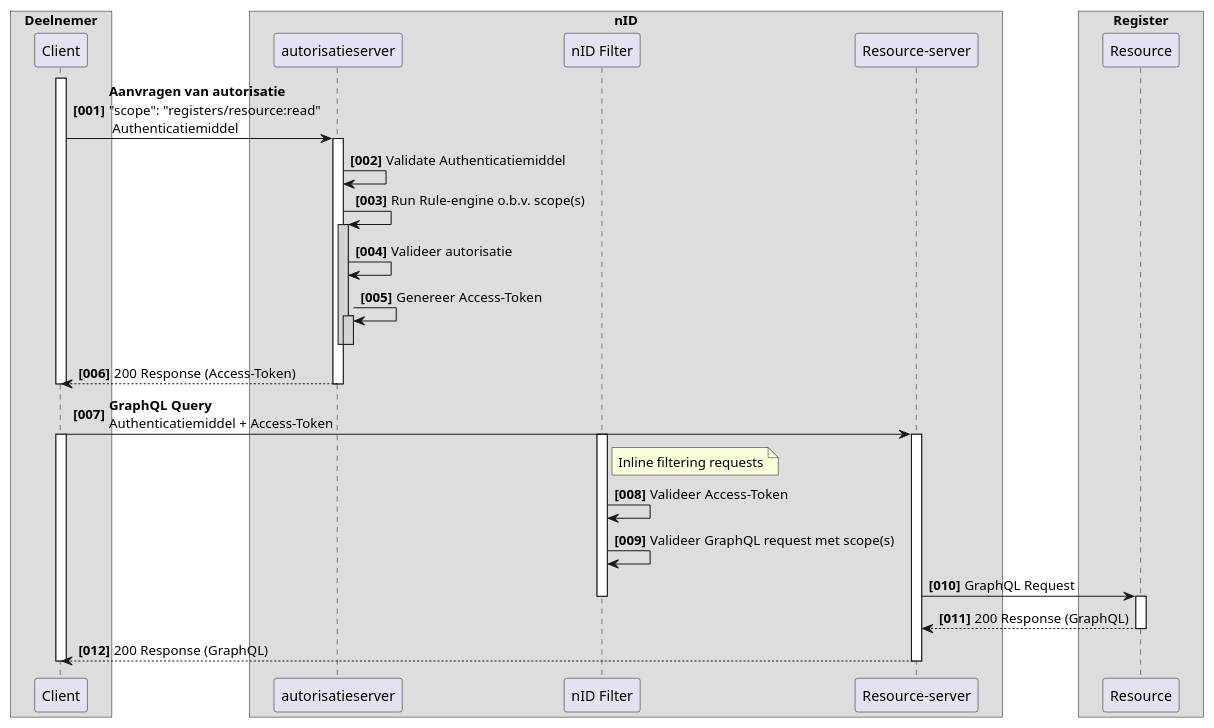
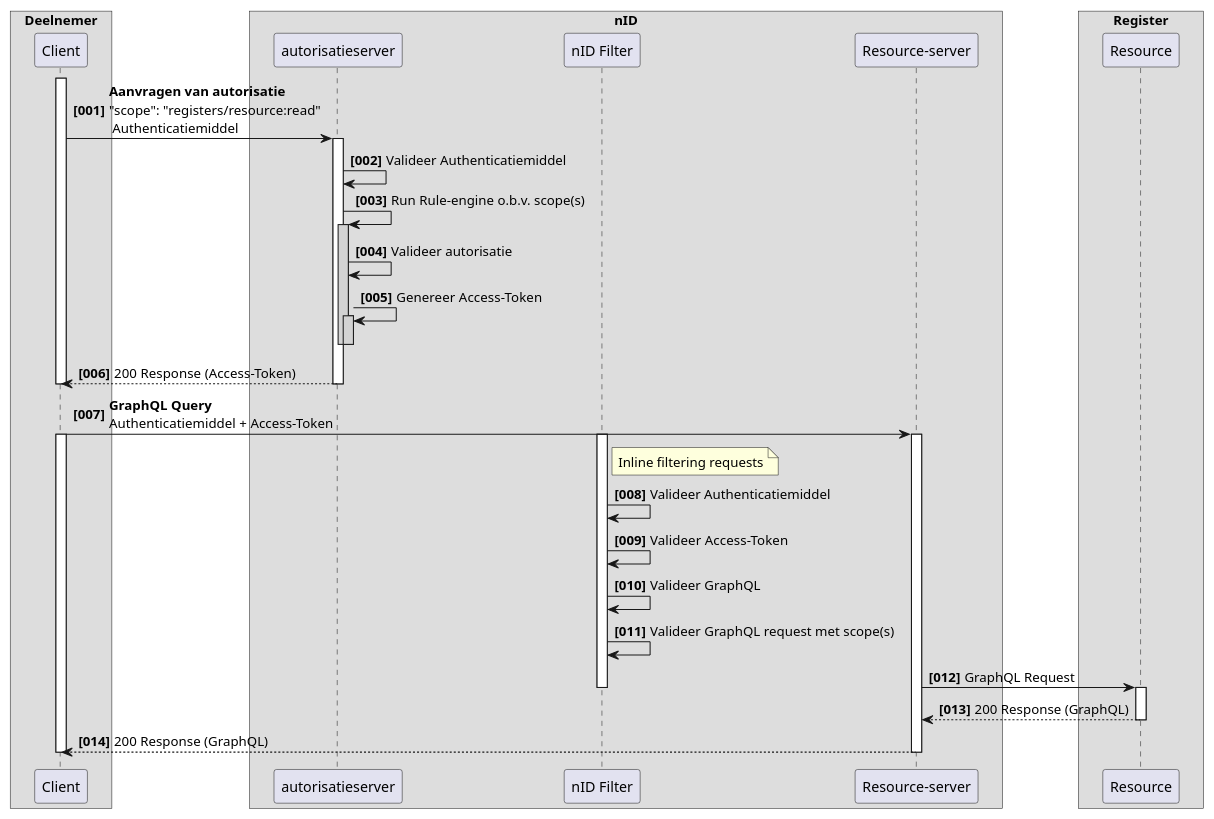
One commit to iStandaarden/iWlz-RequestForComment changed the diagram in plantUMLsrc/rfc0014-01-aanvragen_autorisatie.puml. Above: the diagram before and after it, drawn with PlantUML. The commit also changed 3 other files, not shown here.

```diff
--- a/plantUMLsrc/rfc0014-01-aanvragen_autorisatie.puml
+++ b/plantUMLsrc/rfc0014-01-aanvragen_autorisatie.puml
@@ -1,61 +1,58 @@
 @startuml rfc0014-01-aanvragen_autorisatie
 ' !pragma teoz true
 
 skinparam ParticipantPadding 20
 skinparam BoxPadding 10
 
 box "Deelnemer"
     participant "Client" as Client
 end box
 
-box "autorisatieserver"
-    
-end box
-
 box "nID"
-    participant "autorisatieserver" as AuthEP
+    participant "autorisatieserver" as AuthzServer
     participant "nID Filter" as Filter
-    participant "Resource-server" as ProxyR
+    participant "Resource-server" as nIDResourceServer
 end box
 
 box "Register"
     participant "Resource" as BEMRegister
 end box
 
 autonumber "<b>[000]"
 activate Client
-Client -> AuthEP: **Aanvragen van autorisatie**\n"scope": "registers/resource:read"\n Authenticatiemiddel
-activate AuthEP
-AuthEP -> AuthEP: Validate Authenticatiemiddel
-AuthEP -> AuthEP: Run Rule-engine o.b.v. scope(s)
-activate AuthEP #LightGray
-AuthEP -> AuthEP: Valideer autorisatie
-AuthEP -> AuthEP: Genereer Access-Token
-activate AuthEP #LightGray
-deactivate AuthEP
-deactivate AuthEP
-AuthEP --> Client --: 200 Response (Access-Token)
-deactivate AuthEP
+    Client -> AuthzServer: **Aanvragen van autorisatie**\n"scope": "registers/resource:read"\n Authenticatiemiddel
+    activate AuthzServer
+        AuthzServer -> AuthzServer: Valideer Authenticatiemiddel
+        AuthzServer -> AuthzServer: Run Rule-engine o.b.v. scope(s)
+        activate AuthzServer #LightGray
+            AuthzServer -> AuthzServer: Valideer autorisatie
+            AuthzServer -> AuthzServer: Genereer Access-Token
+            activate AuthzServer #LightGray
+            deactivate AuthzServer
+        deactivate AuthzServer
+        AuthzServer --> Client --: 200 Response (Access-Token)
+    deactivate AuthzServer
 deactivate Client
 
-Client -> ProxyR: **GraphQL Query**\nAuthenticatiemiddel + Access-Token
-activate ProxyR
+Client -> nIDResourceServer: **GraphQL Query**\nAuthenticatiemiddel + Access-Token
+activate nIDResourceServer
 activate Filter
 note right of Filter: Inline filtering requests
 activate Client
-
+Filter -> Filter: Valideer Authenticatiemiddel
 Filter -> Filter: Valideer Access-Token
+Filter -> Filter: Valideer GraphQL
 Filter -> Filter: Valideer GraphQL request met scope(s)
 
-ProxyR -> BEMRegister: GraphQL Request
+nIDResourceServer -> BEMRegister: GraphQL Request
 deactivate Filter
 activate BEMRegister
 
-BEMRegister --> ProxyR: 200 Response (GraphQL)
+BEMRegister --> nIDResourceServer: 200 Response (GraphQL)
 deactivate BEMRegister
 
-ProxyR --> Client: 200 Response (GraphQL)
-deactivate ProxyR
+nIDResourceServer --> Client: 200 Response (GraphQL)
+deactivate nIDResourceServer
 
 deactivate Client
 @enduml
```
